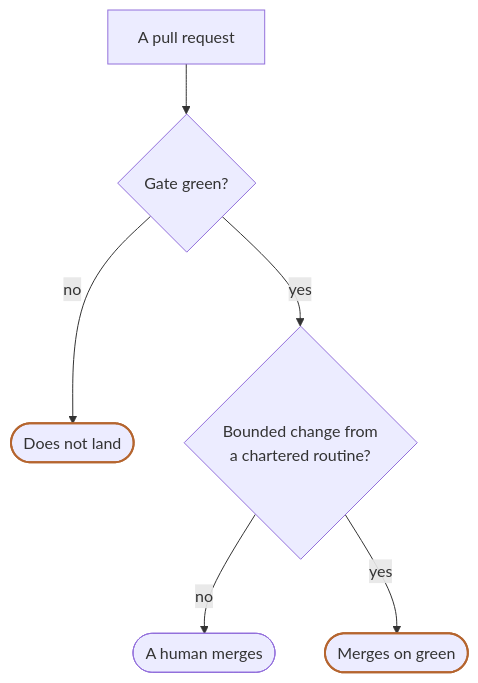
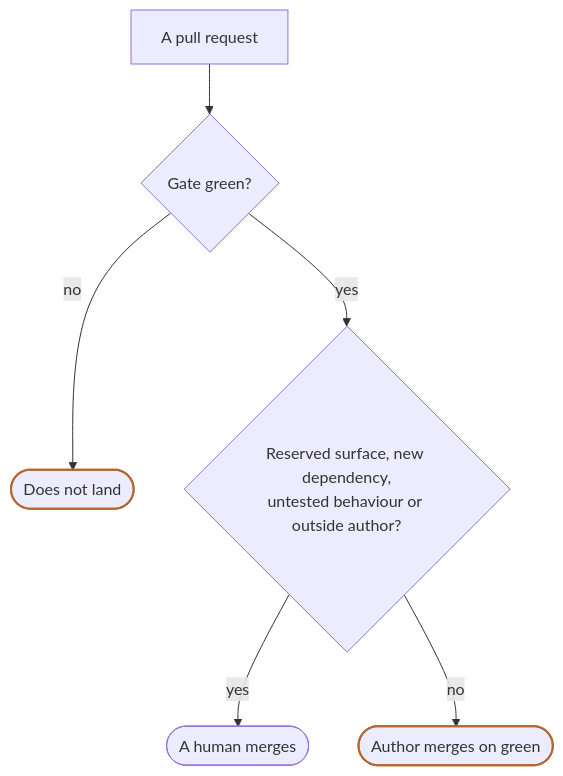
One commit to feffef/terrarium changed the second of 3 diagrams in layers/journal/content/current/pages/how-it-works.md. Above: the diagram before and after it, drawn with Mermaid. The commit also changed other lines of this file and 34 other files, not shown here.

````diff
--- a/layers/journal/content/current/pages/how-it-works.md
+++ b/layers/journal/content/current/pages/how-it-works.md
@@ -84,11 +84,11 @@
 ```mermaid
 graph TB
   PR["A pull request"] --> Gate{"Gate green?"}
   Gate -->|no| Blocked(["Does not land"])
-  Gate -->|yes| Touch{"Bounded change from<br/>a chartered routine?"}
-  Touch -->|no| Human(["A human merges"])
-  Touch -->|yes| Auto(["Merges on green"])
+  Gate -->|yes| Touch{"Reserved surface, new dependency,<br/>untested behaviour or outside author?"}
+  Touch -->|yes| Human(["A human merges"])
+  Touch -->|no| Auto(["Author merges on green"])
 
   classDef routine stroke:#b5652f,stroke-width:2px;
   class Auto,Blocked routine;
 ```
````
